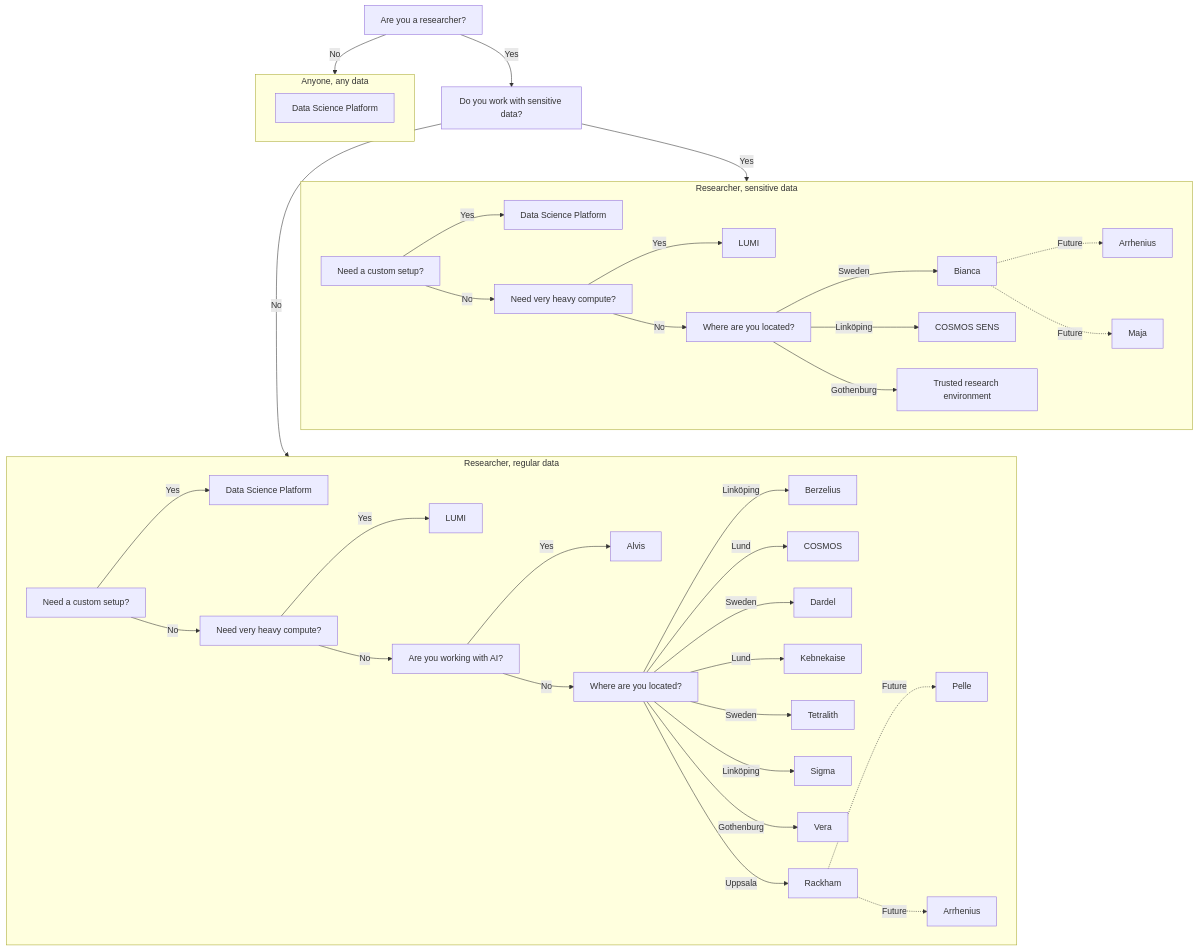
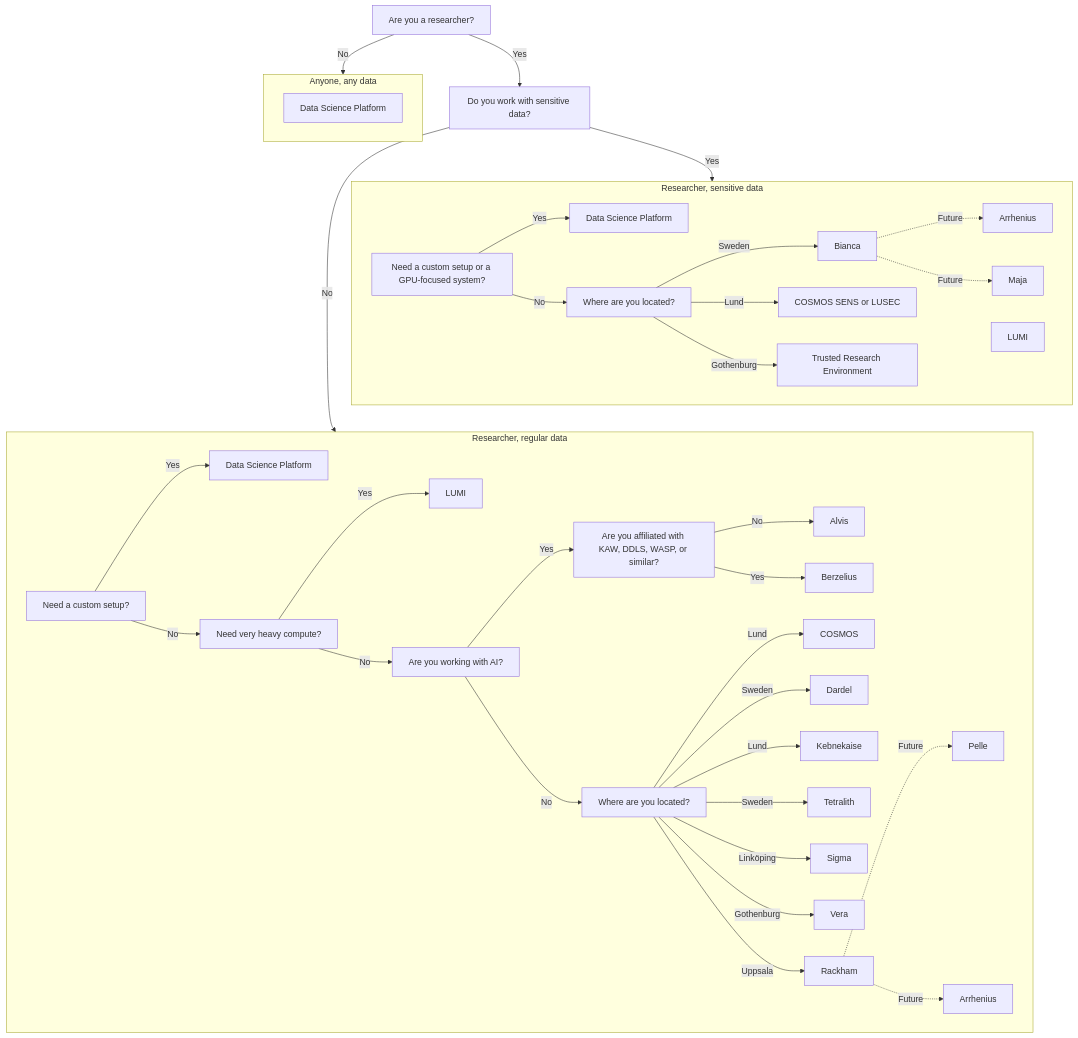
Before and after one commit to NBISweden/SCoRe_user_doc: the diagram in docs/compute_1.md, drawn with Mermaid.

Commit message:
Use correct file

```diff
--- a/docs/compute_1.md
+++ b/docs/compute_1.md
@@ -11,23 +11,19 @@
   subgraph researcher_on_sensitive_data[Researcher, sensitive data]
     arrhenius_rs[Arrhenius]
     bianca[Bianca]
-    cosmos_sens[COSMOS SENS]    
+    cosmos_sens[COSMOS SENS or LUSEC]    
     data_science_platform_rs[Data Science Platform]
     lumi_rs[LUMI]
     maja[Maja]
-    trusted_research_environment_rs[Trusted research environment]
+    trusted_research_environment_rs[Trusted Research Environment]
 
-    question_custom_rs[Need a custom setup?]
+    question_custom_rs[Need a custom setup or a GPU-focused system?]
     question_custom_rs --> |Yes| data_science_platform_rs
-    question_custom_rs --> |No| question_very_heavy_compute_rs
-
-    question_very_heavy_compute_rs[Need very heavy compute?]
-    question_very_heavy_compute_rs --> |Yes| lumi_rs
-    question_very_heavy_compute_rs --> |No| question_where_rs
+    question_custom_rs --> |No| question_where_rs
 
     question_where_rs[Where are you located?]
     question_where_rs --> |Sweden| bianca
-    question_where_rs --> |Linköping| cosmos_sens
+    question_where_rs --> |Lund| cosmos_sens
     question_where_rs --> |Gothenburg| trusted_research_environment_rs
 
     bianca -.-> |Future| maja
@@ -59,11 +55,14 @@
     question_very_heavy_compute_rr --> |No| question_ai
 
     question_ai[Are you working with AI?]
-    question_ai --> |Yes| alvis
+    question_ai --> |Yes| question_kaw
     question_ai --> |No| question_where_rr
 
+    question_kaw[Are you affiliated with KAW, DDLS, WASP, or similar?]
+    question_kaw --> |Yes| berzelius
+    question_kaw --> |No| alvis
+
     question_where_rr[Where are you located?]
-    question_where_rr --> |Linköping| berzelius
     question_where_rr --> |Lund| cosmos
     question_where_rr --> |Sweden| dardel
     question_where_rr --> |Lund| kebnekaise
```
